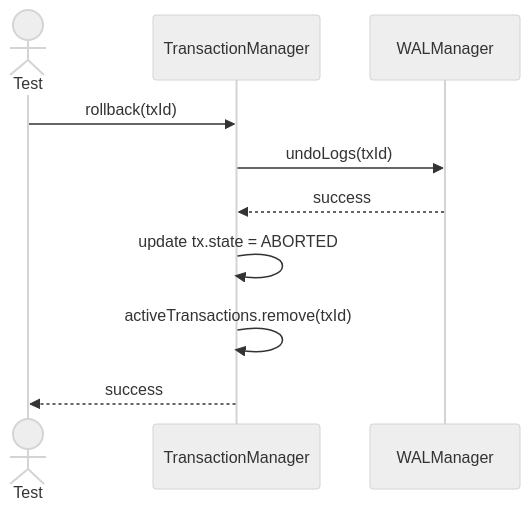
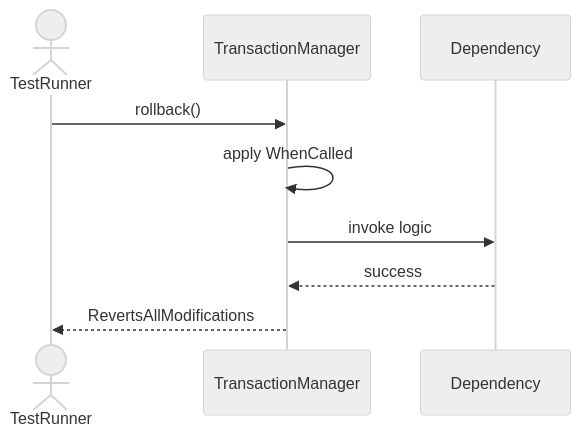
One commit to TamBui1706/DBMS changed the third of 8 diagrams in Sequences/TransactionManagement/TransactionManager.md. Above: the diagram before and after it, drawn with Mermaid (neutral theme). The commit also changed other lines of this file and 63 other files, not shown here.

Commit message:
Draw sequence diagram for unit tests

````diff
--- a/Sequences/TransactionManagement/TransactionManager.md
+++ b/Sequences/TransactionManagement/TransactionManager.md
@@ -49,13 +48,10 @@
 ```mermaid
 sequenceDiagram
-    actor Test
+    actor TestRunner
     participant TransactionManager
-    participant WALManager
-
-    Test->>TransactionManager: rollback(txId)
-    TransactionManager->>WALManager: undoLogs(txId)
-    WALManager-->>TransactionManager: success
-    TransactionManager->>TransactionManager: update tx.state = ABORTED
-    TransactionManager->>TransactionManager: activeTransactions.remove(txId)
-    TransactionManager-->>Test: success
+    TestRunner->>TransactionManager: rollback()
+    TransactionManager->>TransactionManager: apply WhenCalled
+    TransactionManager->>Dependency: invoke logic
+    Dependency-->>TransactionManager: success
+    TransactionManager-->>TestRunner: RevertsAllModifications
 ```
````
